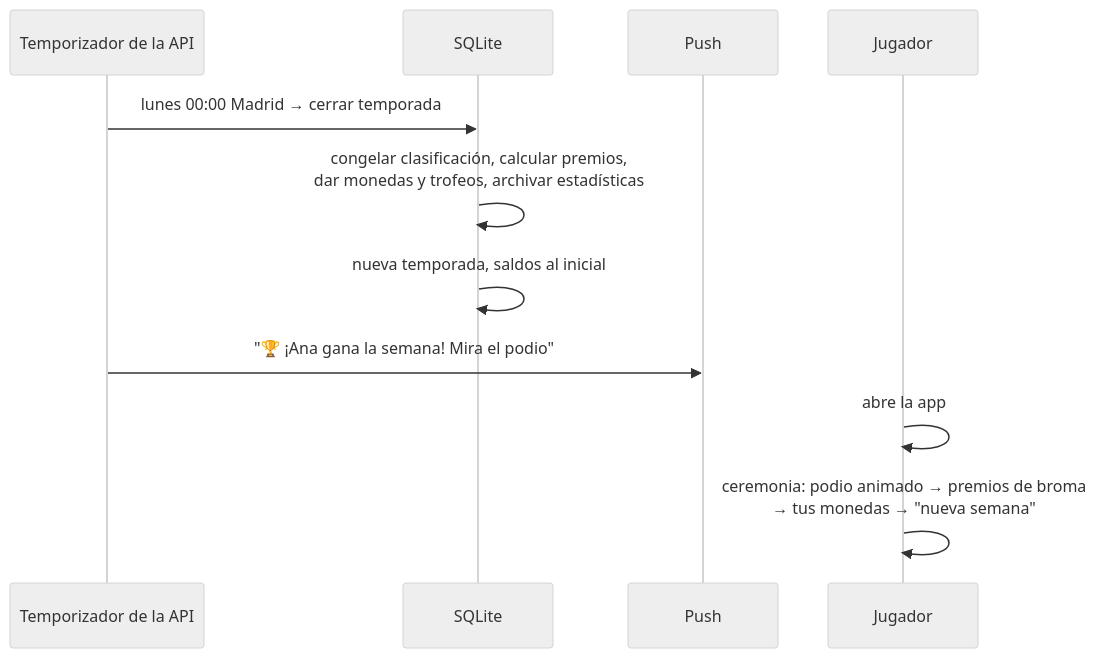
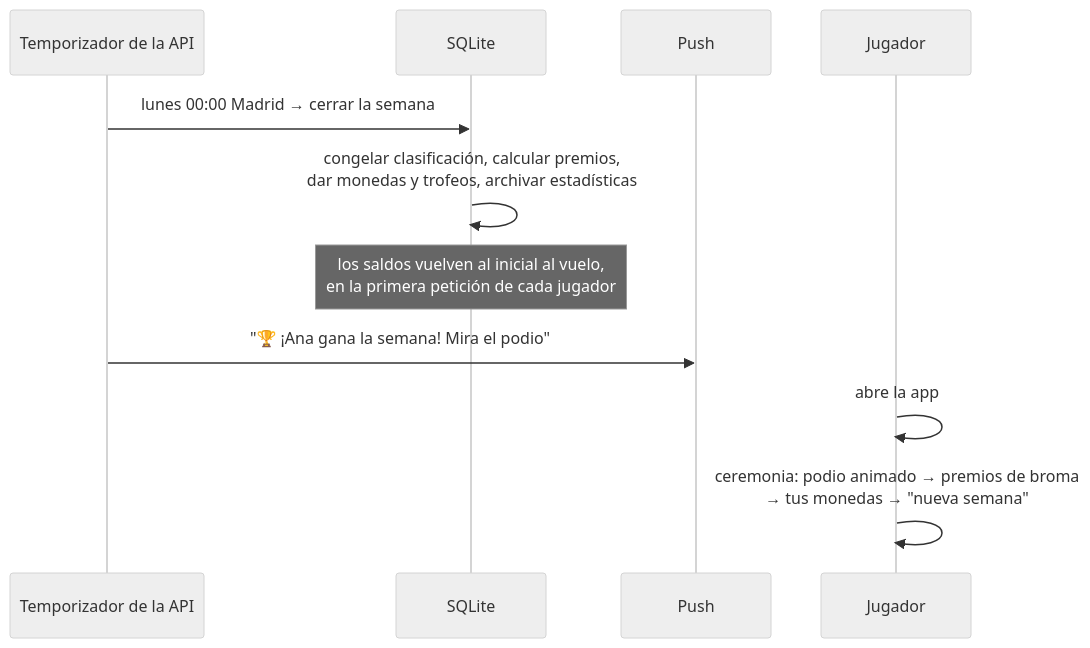
One commit to Ronambulo/BlackjackWithFriends changed the seventh of 7 diagrams in docs/DISENO.md. Above: the diagram before and after it, drawn with Mermaid (neutral theme). The commit also changed other lines of this file and 39 other files, not shown here.

````diff
--- a/docs/DISENO.md
+++ b/docs/DISENO.md
@@ -326,14 +328,14 @@
 ```mermaid
 sequenceDiagram
   participant C as Temporizador de la API
   participant DB as SQLite
   participant P as Push
   participant J as Jugador
 
-  C->>DB: lunes 00:00 Madrid → cerrar temporada
+  C->>DB: lunes 00:00 Madrid → cerrar la semana
   DB->>DB: congelar clasificación, calcular premios,<br/>dar monedas y trofeos, archivar estadísticas
-  DB->>DB: nueva temporada, saldos al inicial
+  Note over DB: los saldos vuelven al inicial al vuelo,<br/>en la primera petición de cada jugador
   C->>P: "🏆 ¡Ana gana la semana! Mira el podio"
   J->>J: abre la app
   J->>J: ceremonia: podio animado → premios de broma<br/>→ tus monedas → "nueva semana"
 ```
````
